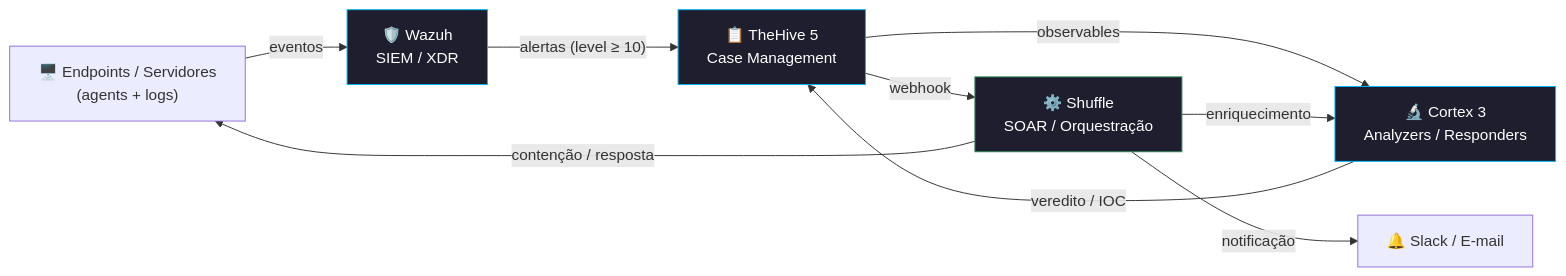
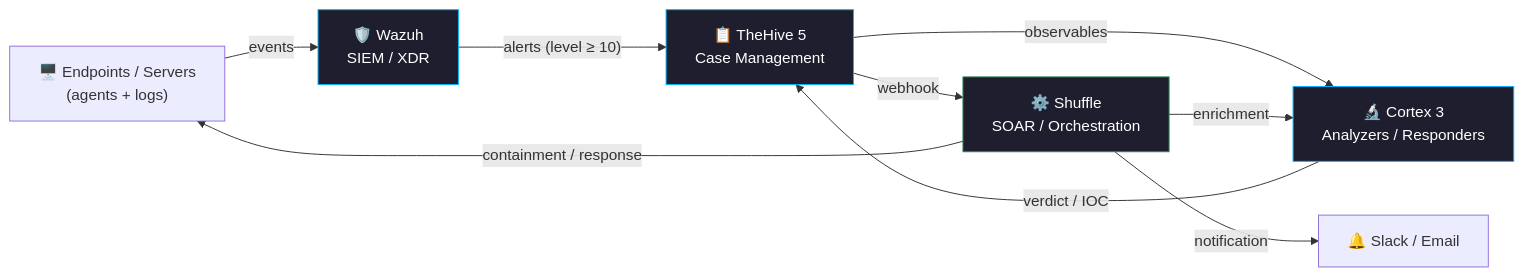
Before and after one commit to wagnerbocchi/wagnerbocchi: the diagram in README.md, drawn with Mermaid. The commit also changed other lines of this file, not shown here.

````diff
--- a/README.md
+++ b/README.md
@@ -28,16 +33,16 @@
 ```mermaid
 flowchart LR
-    EP["🖥️ Endpoints / Servidores<br/>(agents + logs)"] -->|eventos| WZ["🛡️ Wazuh<br/>SIEM / XDR"]
-    WZ -->|"alertas (level ≥ 10)"| TH["📋 TheHive 5<br/>Case Management"]
+    EP["🖥️ Endpoints / Servers<br/>(agents + logs)"] -->|events| WZ["🛡️ Wazuh<br/>SIEM / XDR"]
+    WZ -->|"alerts (level ≥ 10)"| TH["📋 TheHive 5<br/>Case Management"]
     TH -->|observables| CTX["🔬 Cortex 3<br/>Analyzers / Responders"]
-    CTX -->|veredito / IOC| TH
-    TH -->|webhook| SH["⚙️ Shuffle<br/>SOAR / Orquestração"]
-    SH -->|enriquecimento| CTX
-    SH -->|"contenção / resposta"| EP
-    SH -->|notificação| NT["🔔 Slack / E-mail"]
+    CTX -->|verdict / IOC| TH
+    TH -->|webhook| SH["⚙️ Shuffle<br/>SOAR / Orchestration"]
+    SH -->|enrichment| CTX
+    SH -->|"containment / response"| EP
+    SH -->|notification| NT["🔔 Slack / Email"]
 
     classDef siem fill:#1E1E2E,stroke:#00B7FF,color:#fff;
     classDef soar fill:#1E1E2E,stroke:#2E8B57,color:#fff;
     class WZ,TH,CTX siem;
     class SH soar;
 ```
````
